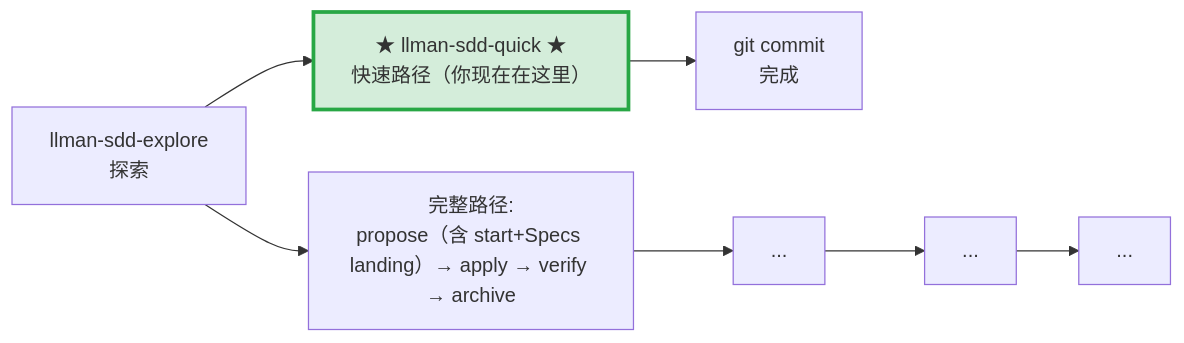
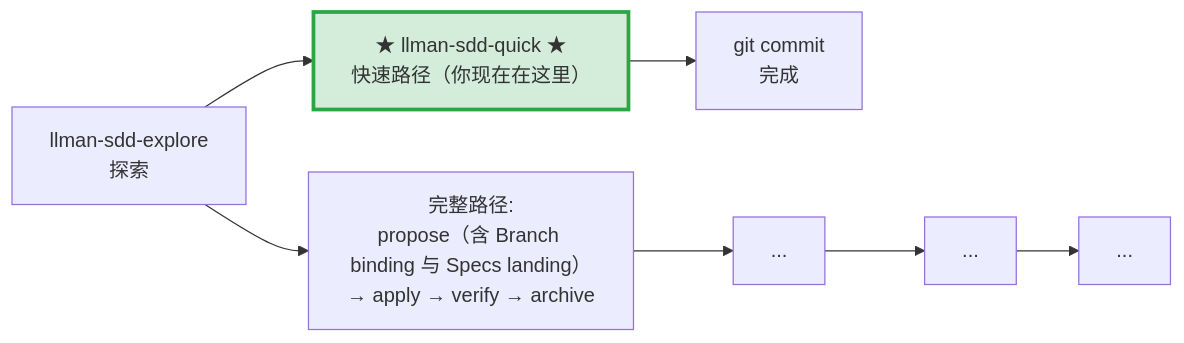
One commit to StrayDragon/llman changed the diagram in .agents/skills/llman-sdd-quick/SKILL.md. Above: the diagram before and after it, drawn with Mermaid. The commit also changed other lines of this file and 48 other files, not shown here.

````diff
--- a/.agents/skills/llman-sdd-quick/SKILL.md
+++ b/.agents/skills/llman-sdd-quick/SKILL.md
@@ -17,14 +17,14 @@
 ```mermaid
 flowchart LR
     explore["llman-sdd-explore<br/>探索"] --> quick
 
     quick["★ llman-sdd-quick ★<br/>快速路径（你现在在这里）"]
     quick --> commit["git commit<br/>完成"]
 
-    explore --> propose["完整路径:<br/>propose（含 start+Specs landing）→ apply → verify → archive"]
+    explore --> propose["完整路径:<br/>propose（含 Branch binding 与 Specs landing）→ apply → verify → archive"]
     propose --> apply["..."]
     apply --> verify["..."]
     verify --> archive["..."]
 
     style quick fill:#d4edda,stroke:#28a745,stroke-width:3px
 ```
````
